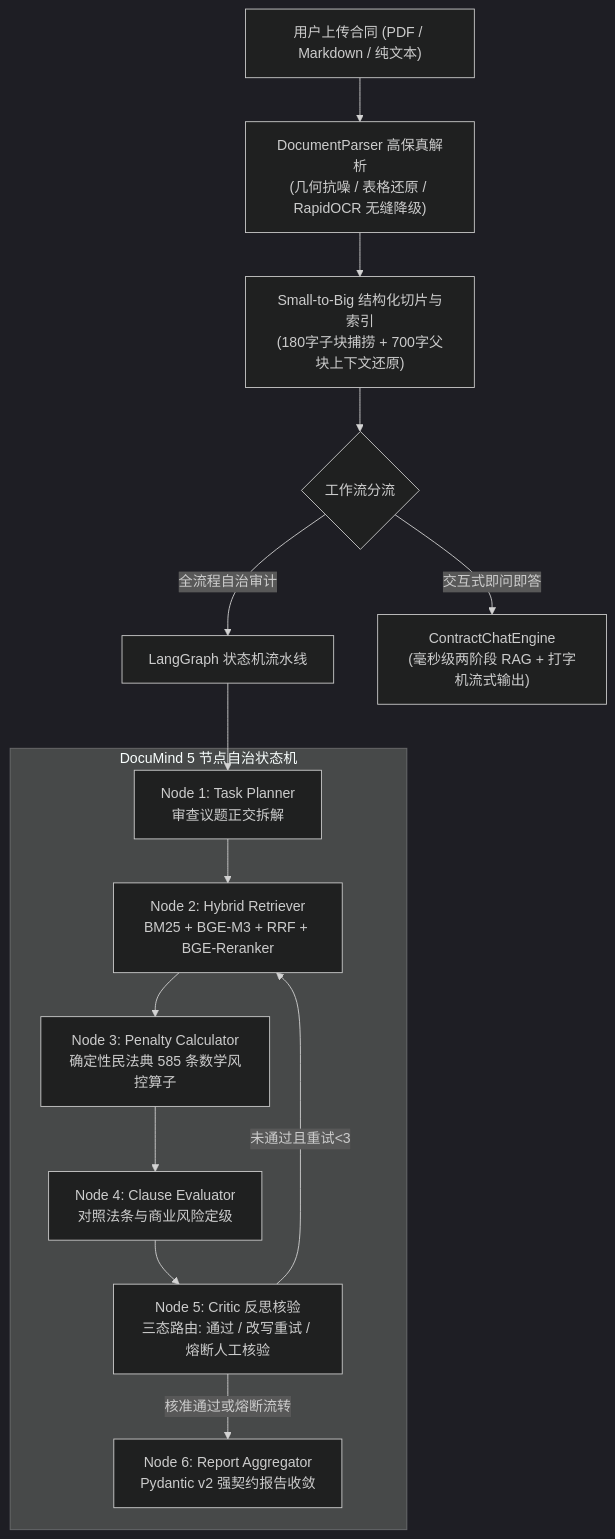
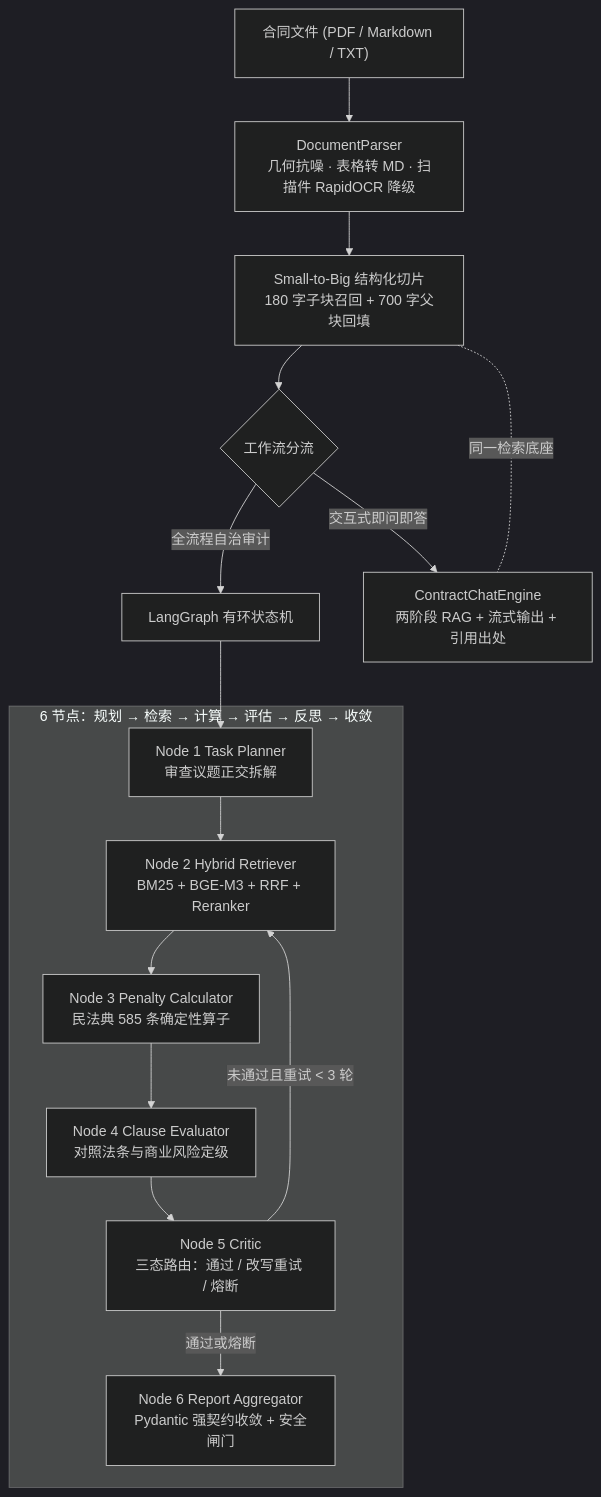
Before and after one commit to Yu-ly11/DocuMind-Agent: the diagram in README.md, drawn with Mermaid (dark theme). The commit also changed other lines of this file and 7 other files, not shown here.

````diff
--- a/README.md
+++ b/README.md
@@ -16,21 +96,20 @@
 ```mermaid
 flowchart TD
-    A["用户上传合同 (PDF / Markdown / 纯文本)"] --> B["DocumentParser 高保真解析<br/>(几何抗噪 / 表格还原 / RapidOCR 无缝降级)"]
-    B --> C["Small-to-Big 结构化切片与索引<br/>(180字子块捕捞 + 700字父块上下文还原)"]
+    A["合同文件 (PDF / Markdown / TXT)"] --> B["DocumentParser<br/>几何抗噪 · 表格转 MD · 扫描件 RapidOCR 降级"]
+    B --> C["Small-to-Big 结构化切片<br/>180 字子块召回 + 700 字父块回填"]
     C --> D{"工作流分流"}
-    
-    %% 工作流 1: LangGraph 状态机全面审计
-    D -->|"全流程自治审计"| E["LangGraph 状态机流水线"]
-    subgraph LG["DocuMind 5 节点自治状态机"]
-        E1["Node 1: Task Planner<br/>审查议题正交拆解"] --> E2["Node 2: Hybrid Retriever<br/>BM25 + BGE-M3 + RRF + BGE-Reranker"]
-        E2 --> E3["Node 3: Penalty Calculator<br/>确定性民法典 585 条数学风控算子"]
-        E3 --> E4["Node 4: Clause Evaluator<br/>对照法条与商业风险定级"]
-        E4 --> E5["Node 5: Critic 反思核验<br/>三态路由: 通过 / 改写重试 / 熔断人工核验"]
-        E5 -- "未通过且重试<3" --> E2
-        E5 -- "核准通过或熔断流转" --> E6["Node 6: Report Aggregator<br/>Pydantic v2 强契约报告收敛"]
+
+    D -->|"全流程自治审计"| E["LangGraph 有环状态机"]
+    subgraph LG["6 节点：规划 → 检索 → 计算 → 评估 → 反思 → 收敛"]
+        E1["Node 1 Task Planner<br/>审查议题正交拆解"] --> E2["Node 2 Hybrid Retriever<br/>BM25 + BGE-M3 + RRF + Reranker"]
+        E2 --> E3["Node 3 Penalty Calculator<br/>民法典 585 条确定性算子"]
+        E3 --> E4["Node 4 Clause Evaluator<br/>对照法条与商业风险定级"]
+        E4 --> E5["Node 5 Critic<br/>三态路由：通过 / 改写重试 / 熔断"]
+        E5 -- "未通过且重试 < 3 轮" --> E2
+        E5 -- "通过或熔断" --> E6["Node 6 Report Aggregator<br/>Pydantic 强契约收敛 + 安全闸门"]
     end
     E --> E1
-    
-    %% 工作流 2: 秒级 Copilot 问答
-    D -->|"交互式即问即答"| F["ContractChatEngine<br/>(毫秒级两阶段 RAG + 打字机流式输出)"]
+
+    D -->|"交互式即问即答"| F["ContractChatEngine<br/>两阶段 RAG + 流式输出 + 引用出处"]
+    C -. "同一检索底座" .- F
 ```
````
